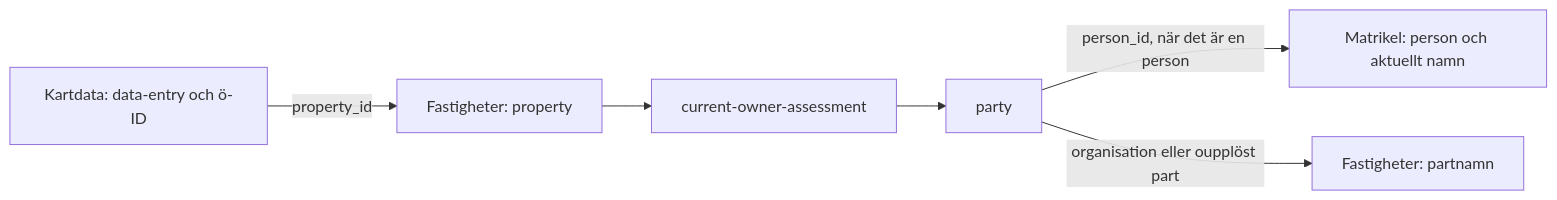
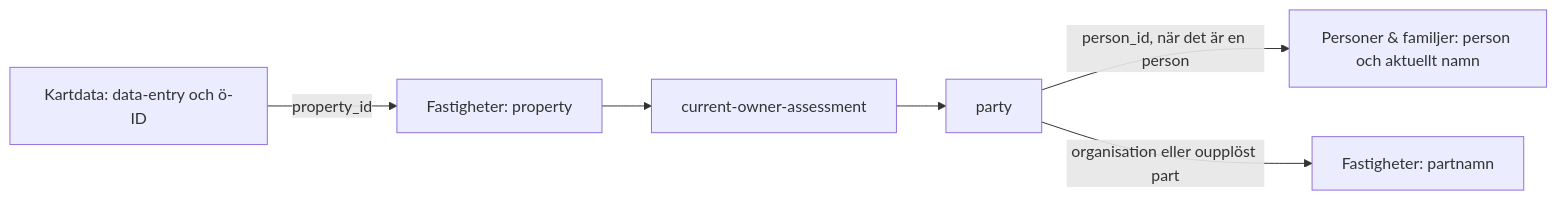
Before and after one commit to simonsvahn/korpholmen: the third of 6 diagrams in ARKITEKTUR.md, drawn with Mermaid. The commit also changed other lines of this file and 240 other files, not shown here.

Commit message:
Döp om Matrikel och återställ båtbilder

````diff
--- a/ARKITEKTUR.md
+++ b/ARKITEKTUR.md
@@ -138,8 +138,8 @@
 ```mermaid
 flowchart LR
     KD["Kartdata: data-entry och ö-ID"] -->|property_id| FA["Fastigheter: property"]
     FA --> CO["current-owner-assessment"]
     CO --> PA["party"]
-    PA -->|person_id, när det är en person| MA["Matrikel: person och aktuellt namn"]
+    PA -->|person_id, när det är en person| PF["Personer & familjer: person och aktuellt namn"]
     PA -->|organisation eller oupplöst part| PN["Fastigheter: partnamn"]
 ```
````
